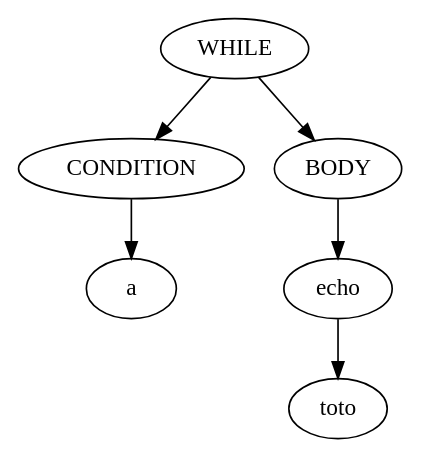
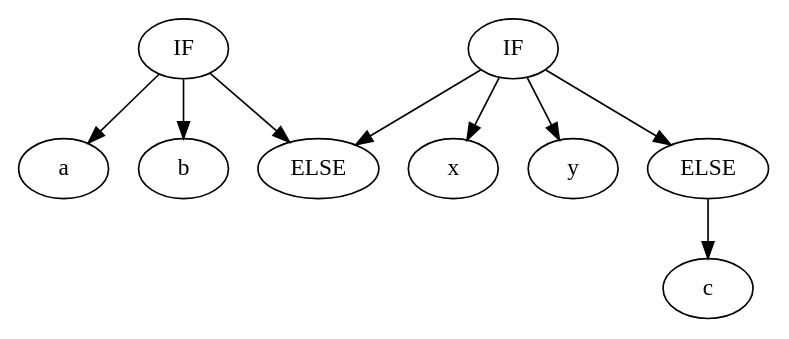
The diagram in ast.dot (TristanBilot/42sh), drawn with Graphviz before and after one commit. The commit also changed 7 other files, not shown here.

```diff
--- a/ast.dot
+++ b/ast.dot
@@ -1,13 +1,19 @@
 digraph AST {
-	node_0xedfa60 [label=WHILE];
-	node_0xedf050 [label=CONDITION];
-	node_0xedfa60 -> node_0xedf050;
-	node_0xedf510 [label=a];
-	node_0xedf050 -> node_0xedf510;
-	node_0xedf530 [label=BODY];
-	node_0xedfa60 -> node_0xedf530;
-	node_0xedf600 [label=echo];
-	node_0xedf530 -> node_0xedf600;
-	node_0xedf620 [label=toto];
-	node_0xedf600 -> node_0xedf620;
+	node_0x562ef4062410 [label=IF];
+	node_0x562ef4062950 [label=a];
+	node_0x562ef4062410 -> node_0x562ef4062950;
+	node_0x562ef4062a20 [label=b];
+	node_0x562ef4062410 -> node_0x562ef4062a20;
+	node_0x562ef4062a40 [label=ELSE];
+	node_0x562ef4062410 -> node_0x562ef4062a40;
+	node_0x562ef4062a60 [label=IF];
+	node_0x562ef4062a60 -> node_0x562ef4062a40;
+	node_0x562ef4063b40 [label=x];
+	node_0x562ef4062a60 -> node_0x562ef4063b40;
+	node_0x562ef4063c10 [label=y];
+	node_0x562ef4062a60 -> node_0x562ef4063c10;
+	node_0x562ef4063c30 [label=ELSE];
+	node_0x562ef4062a60 -> node_0x562ef4063c30;
+	node_0x562ef4063d00 [label=c];
+	node_0x562ef4063c30 -> node_0x562ef4063d00;
 }
```
